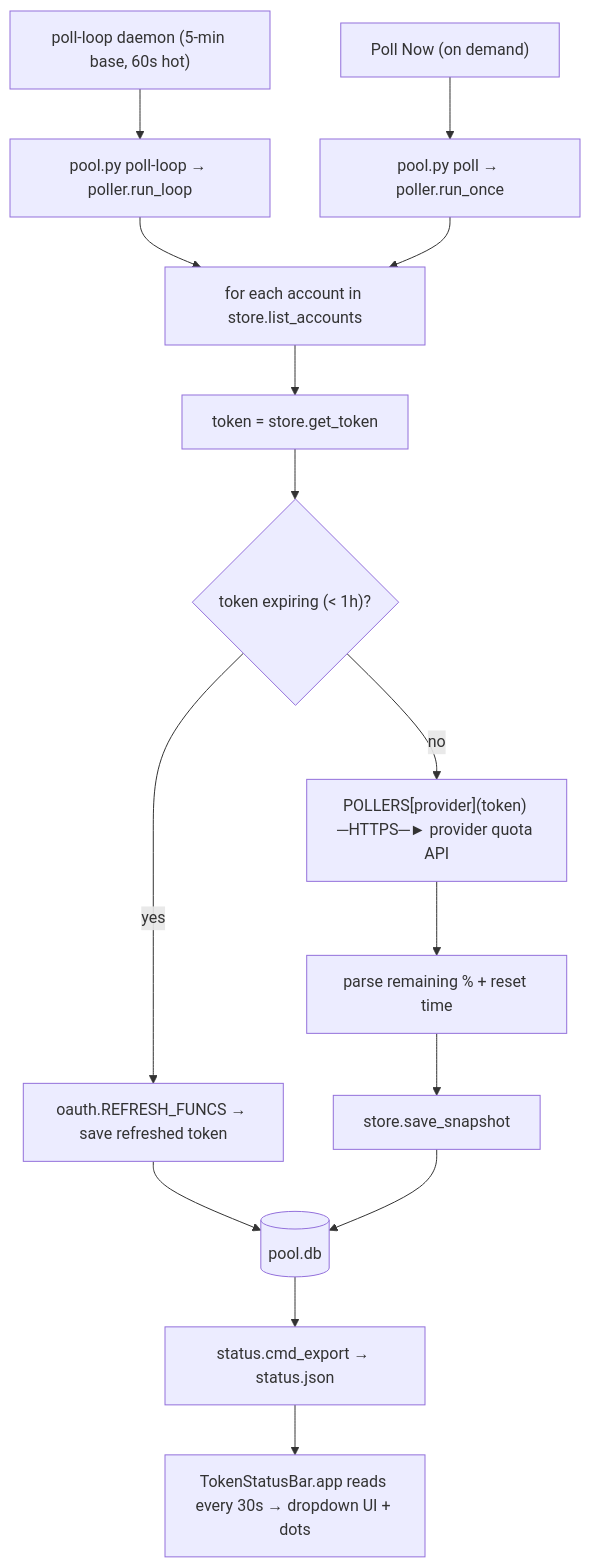
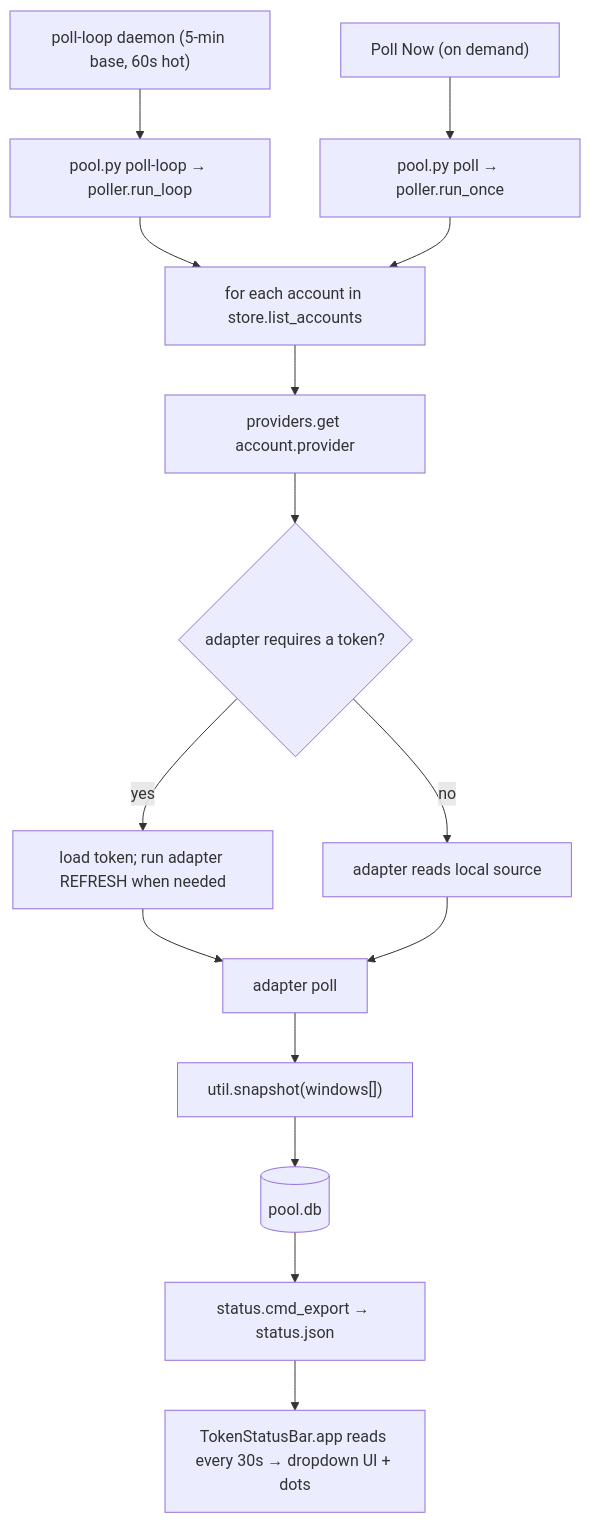
Before and after one commit to adld-ai/tokenalytics: the third of 3 diagrams in README.md, drawn with Mermaid. The commit also changed other lines of this file and 3 other files, not shown here.

````diff
--- a/README.md
+++ b/README.md
@@ -152,17 +164,17 @@
 ```mermaid
 flowchart TD
     A["poll-loop daemon (5-min base, 60s hot)"] --> B[pool.py poll-loop → poller.run_loop]
     C["Poll Now (on demand)"] --> D[pool.py poll → poller.run_once]
     B --> E[for each account in store.list_accounts]
     D --> E
-    E --> F[token = store.get_token]
-    F --> G{"token expiring (< 1h)?"}
-    G -->|yes| H["oauth.REFRESH_FUNCS → save refreshed token"]
-    H --> I[(pool.db)]
-    G -->|no| J["POLLERS[provider](token) ─HTTPS─► provider quota API"]
-    J --> K["parse remaining % + reset time"]
-    K --> L[store.save_snapshot]
-    L --> I
-    I --> M[status.cmd_export → status.json]
+    E --> F[providers.get account.provider]
+    F --> G{adapter requires a token?}
+    G -->|yes| H["load token; run adapter REFRESH when needed"]
+    G -->|no| J[adapter reads local source]
+    H --> K[adapter poll]
+    J --> K
+    K --> L["util.snapshot(windows[])"]
+    L --> I[(pool.db)]
+    I --> M["status.cmd_export → status.json"]
     M --> N["TokenStatusBar.app reads every 30s → dropdown UI + dots"]
 ```
````
